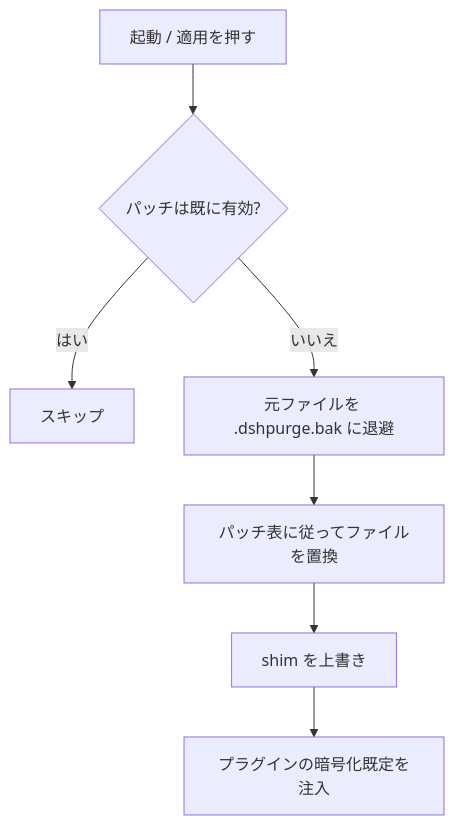
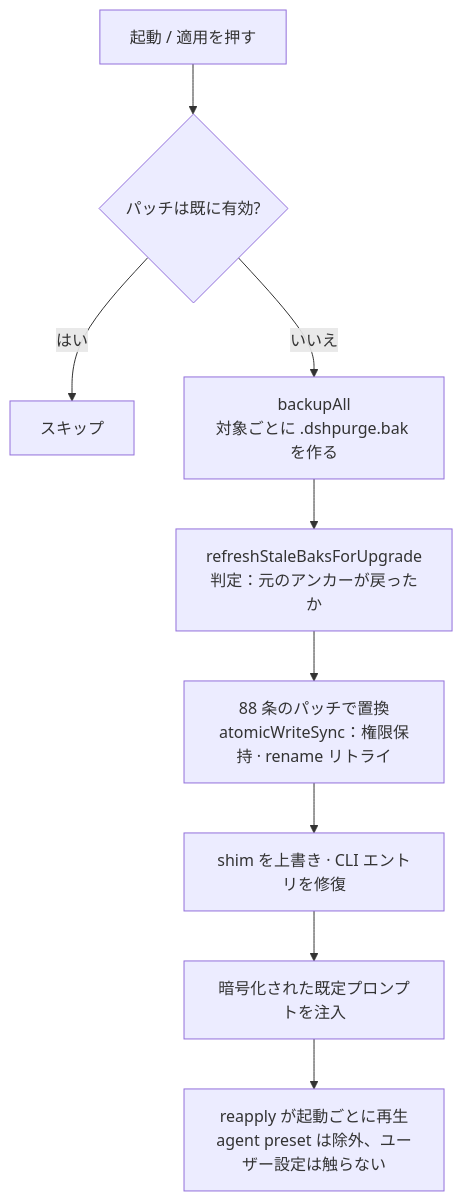
The second of 3 diagrams in README.ja.md (L1daye/dsh-purge-nolimit), drawn with Mermaid before and after one commit. The commit also changed other lines of this file and 2 other files, not shown here.

````diff
--- a/README.ja.md
+++ b/README.ja.md
@@ -480,9 +514,11 @@
 ```mermaid
 flowchart TD
   A["起動 / 適用を押す"] --> B{"パッチは既に有効?"}
   B -->|はい| C["スキップ"]
-  B -->|いいえ| D["元ファイルを .dshpurge.bak に退避"]
-  D --> E["パッチ表に従ってファイルを置換"]
-  E --> F["shim を上書き"]
-  F --> G["プラグインの暗号化既定を注入"]
+  B -->|いいえ| D["backupAll<br/>対象ごとに .dshpurge.bak を作る"]
+  D --> E["refreshStaleBaksForUpgrade<br/>判定：元のアンカーが戻ったか"]
+  E --> F["88 条のパッチで置換<br/>atomicWriteSync：権限保持 · rename リトライ"]
+  F --> G["shim を上書き · CLI エントリを修復"]
+  G --> H["暗号化された既定プロンプトを注入"]
+  H --> I["reapply が起動ごとに再生<br/>agent preset は除外、ユーザー設定は触らない"]
 ```
````
